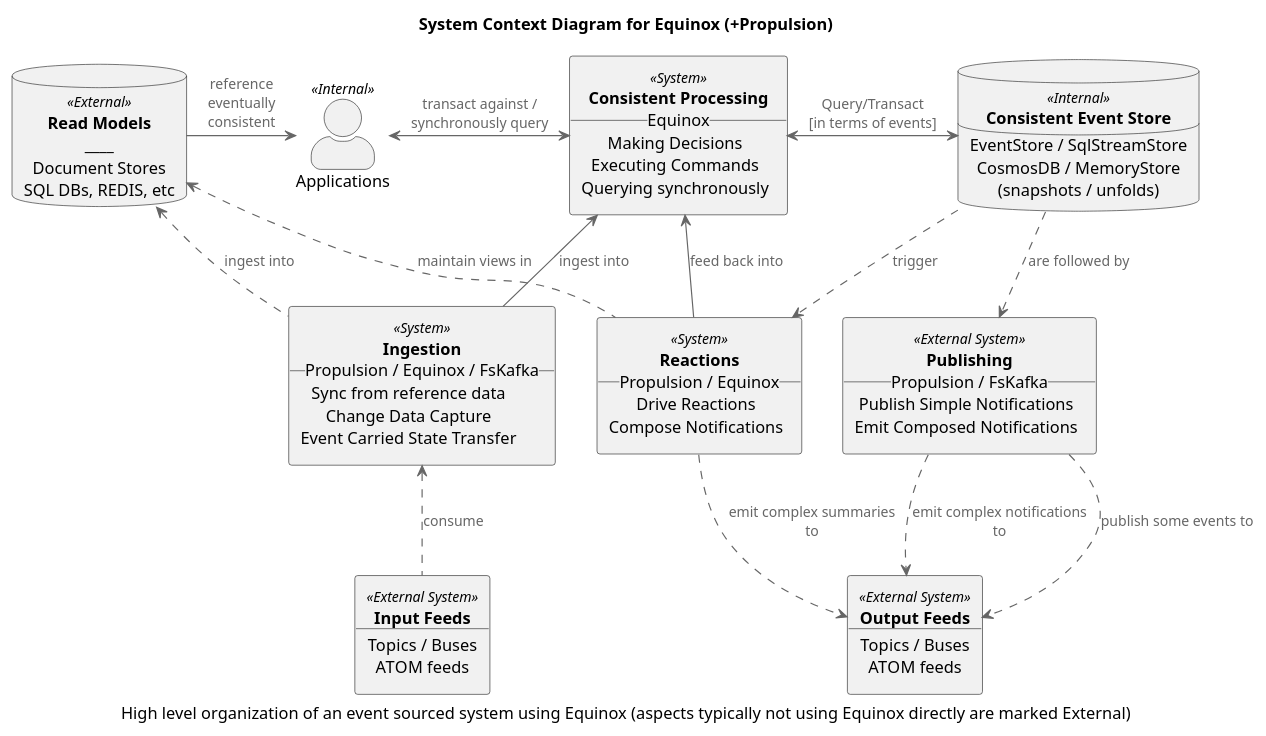
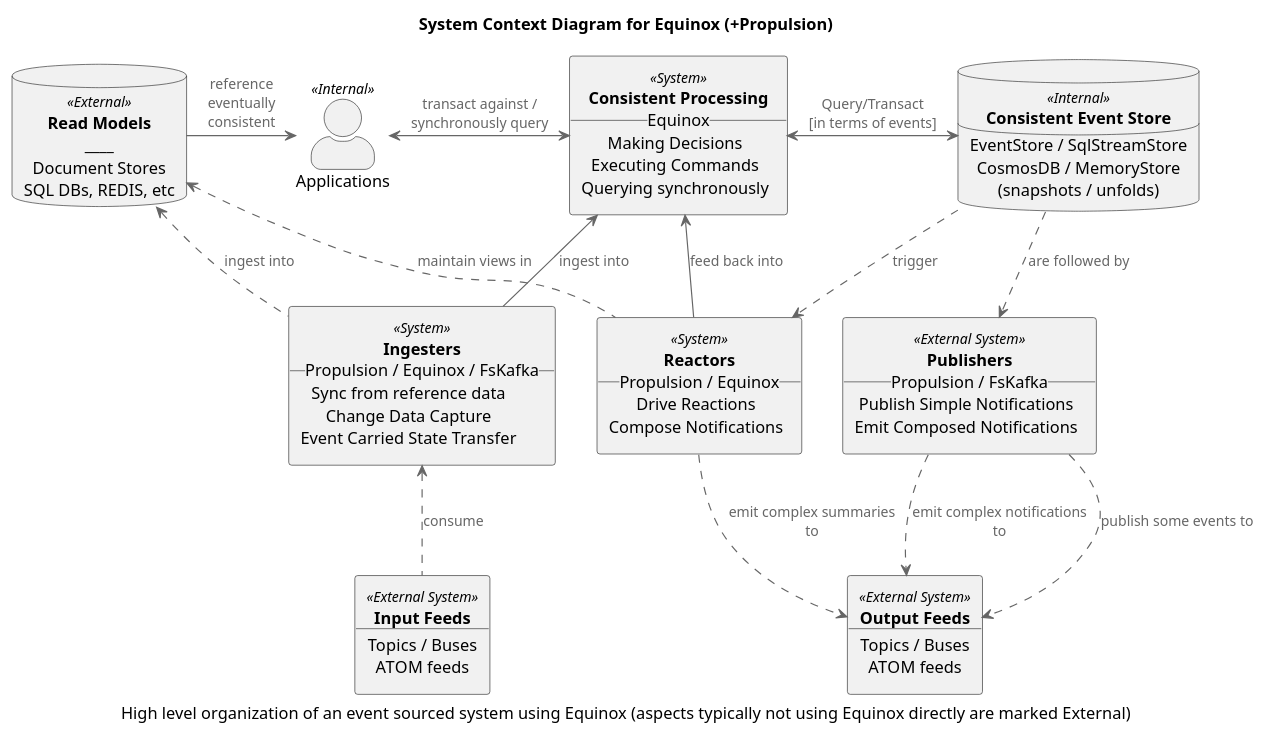
One commit to jet/equinox changed the diagram in diagrams/context.puml. Above: the diagram before and after it, drawn with PlantUML.

```diff
--- a/diagrams/context.puml
+++ b/diagrams/context.puml
@@ -1,86 +1,86 @@
 @startuml
 !includeurl https://raw.githubusercontent.com/skleanthous/C4-PlantumlSkin/master/build/output/c4.puml
 
 title System Context Diagram for Equinox (+Propulsion)
 caption High level organization of an event sourced system using Equinox (aspects typically not using Equinox directly are marked External)
 
 together {
     actor "Applications" <<Internal>> as apps
     rectangle services <<System>> [
         **Consistent Processing**
         __Equinox__
         Making Decisions
         Executing Commands
         Querying synchronously
     ]
     database stores <<Internal>> [
         **Consistent Event Store**
         ____
         EventStore / SqlStreamStore
         CosmosDB / MemoryStore
         (snapshots / unfolds)
     ]
 }
 
 database caches <<External>> [
     **Read Models**
     ____  
     Document Stores 
     SQL DBs, REDIS, etc
 ]
 
 together {
     rectangle ingesters <<System>> [
-        **Ingestion**
+        **Ingesters**
         __Propulsion / Equinox / FsKafka__
         Sync from reference data
         Change Data Capture
         Event Carried State Transfer
     ]
     rectangle reactors <<System>> [
-        **Reactions**
+        **Reactors**
         __Propulsion / Equinox__
         Drive Reactions
         Compose Notifications
     ]
     rectangle projectors <<External System>> [
-        **Publishing**
+        **Publishers**
         __Propulsion / FsKafka__
         Publish Simple Notifications
         Emit Composed Notifications
     ]
 }
 
 rectangle sources <<External System>> [
     **Input Feeds**
     ____
     Topics / Buses
     ATOM feeds 
 ]
 rectangle sinks <<External System>> [
     **Output Feeds**
     ____
     Topics / Buses
     ATOM feeds
 ]
 
 apps       <--   caches     : reference\neventually\nconsistent
 apps       <-R-> services   : transact against /\nsynchronously query
 
 services   <-R-> stores     : Query/Transact\n[in terms of events]
 
 stores     ..>   projectors : are followed by
 stores     ..>   reactors   : trigger
 
 projectors ..>   sinks      : emit complex notifications to
 projectors ..>   sinks      : publish some events to
 
 reactors   -->   services   : feed back into
 reactors   ..>   sinks      : emit complex summaries to
 reactors   .U.>   caches    : maintain views in
 
 ingesters  <..   sources    : consume
 ingesters  -->   services   : ingest into
 ingesters  .U.>   caches    : ingest into
 
 @enduml
```
